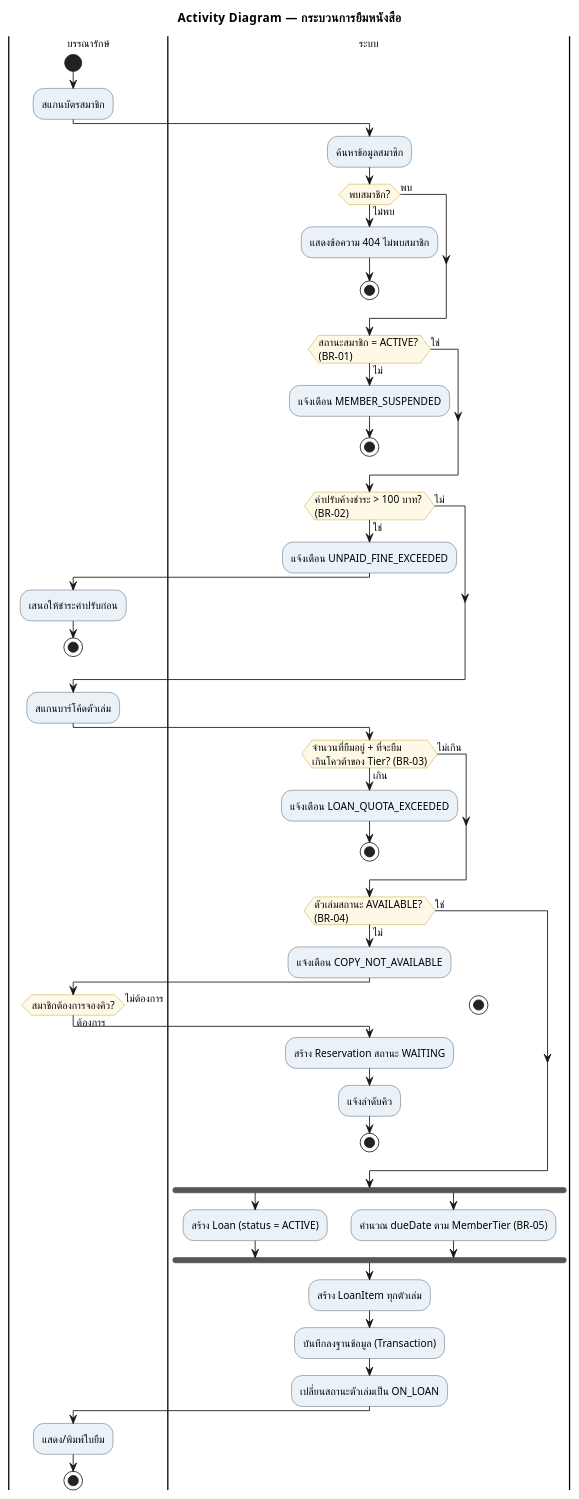
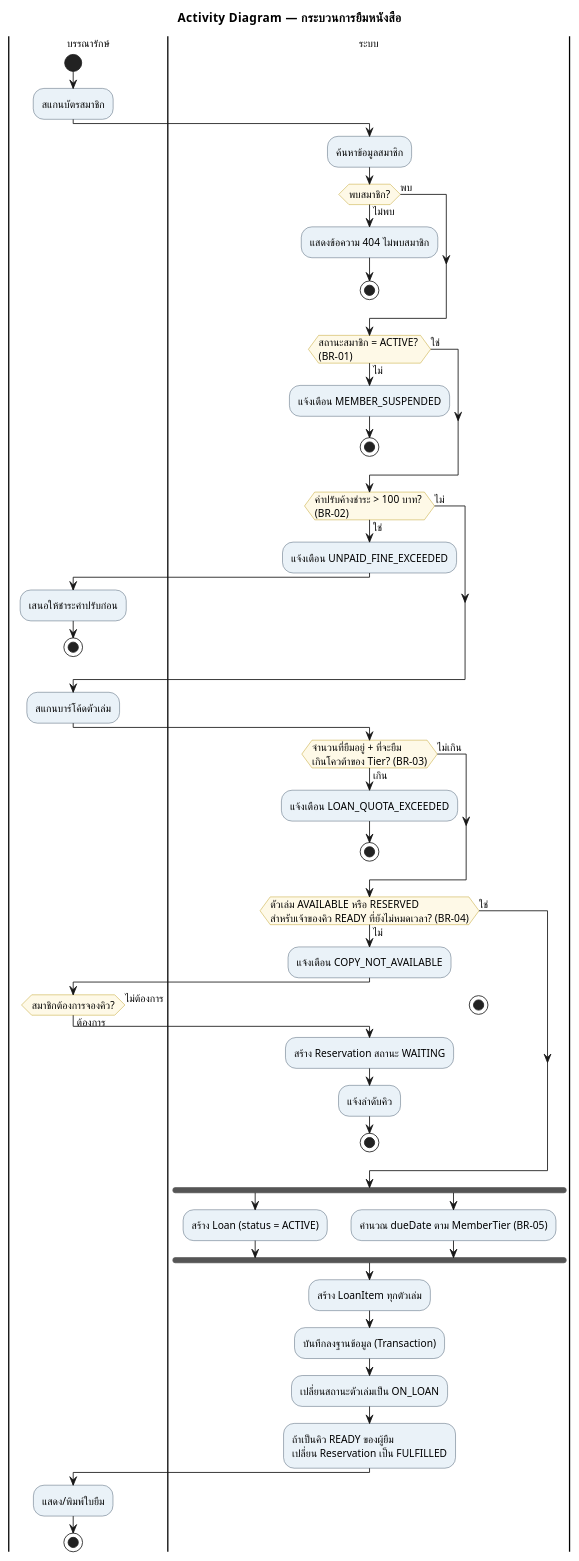
One commit to boatrocl/library_book_management changed the diagram in doc/diagrams/08-activity-borrow.puml. Above: the diagram before and after it, drawn with PlantUML. The commit also changed 104 other files, not shown here.

```diff
--- a/doc/diagrams/08-activity-borrow.puml
+++ b/doc/diagrams/08-activity-borrow.puml
@@ -1,80 +1,81 @@
 @startuml 08-activity-borrow
 title Activity Diagram — กระบวนการยืมหนังสือ
 
 skinparam defaultFontName "Tahoma"
 skinparam defaultFontSize 12
 skinparam shadowing false
 skinparam activity {
   BackgroundColor #EAF2F8
   BorderColor #34495E
   DiamondBackgroundColor #FEF9E7
   DiamondBorderColor #B7950B
 }
 
 |บรรณารักษ์|
 start
 :สแกนบัตรสมาชิก;
 
 |ระบบ|
 :ค้นหาข้อมูลสมาชิก;
 
 if (พบสมาชิก?) then (ไม่พบ)
   :แสดงข้อความ 404 ไม่พบสมาชิก;
   stop
 else (พบ)
 endif
 
 if (สถานะสมาชิก = ACTIVE? \n(BR-01)) then (ไม่)
   :แจ้งเตือน MEMBER_SUSPENDED;
   stop
 else (ใช่)
 endif
 
 if (ค่าปรับค้างชำระ > 100 บาท? \n(BR-02)) then (ใช่)
   :แจ้งเตือน UNPAID_FINE_EXCEEDED;
   |บรรณารักษ์|
   :เสนอให้ชำระค่าปรับก่อน;
   stop
 else (ไม่)
 endif
 
 |บรรณารักษ์|
 :สแกนบาร์โค้ดตัวเล่ม;
 
 |ระบบ|
 if (จำนวนที่ยืมอยู่ + ที่จะยืม \nเกินโควต้าของ Tier? (BR-03)) then (เกิน)
   :แจ้งเตือน LOAN_QUOTA_EXCEEDED;
   stop
 else (ไม่เกิน)
 endif
 
-if (ตัวเล่มสถานะ AVAILABLE? \n(BR-04)) then (ไม่)
+if (ตัวเล่ม AVAILABLE หรือ RESERVED \nสำหรับเจ้าของคิว READY ที่ยังไม่หมดเวลา? (BR-04)) then (ไม่)
   :แจ้งเตือน COPY_NOT_AVAILABLE;
   |บรรณารักษ์|
   if (สมาชิกต้องการจองคิว?) then (ต้องการ)
     |ระบบ|
     :สร้าง Reservation สถานะ WAITING;
     :แจ้งลำดับคิว;
     stop
   else (ไม่ต้องการ)
     stop
   endif
 else (ใช่)
 endif
 
 |ระบบ|
 fork
   :สร้าง Loan (status = ACTIVE);
 fork again
   :คำนวณ dueDate ตาม MemberTier (BR-05);
 end fork
 
 :สร้าง LoanItem ทุกตัวเล่ม;
 :บันทึกลงฐานข้อมูล (Transaction);
 :เปลี่ยนสถานะตัวเล่มเป็น ON_LOAN;
+:ถ้าเป็นคิว READY ของผู้ยืม \nเปลี่ยน Reservation เป็น FULFILLED;
 
 |บรรณารักษ์|
 :แสดง/พิมพ์ใบยืม;
 stop
 
 @enduml
```
